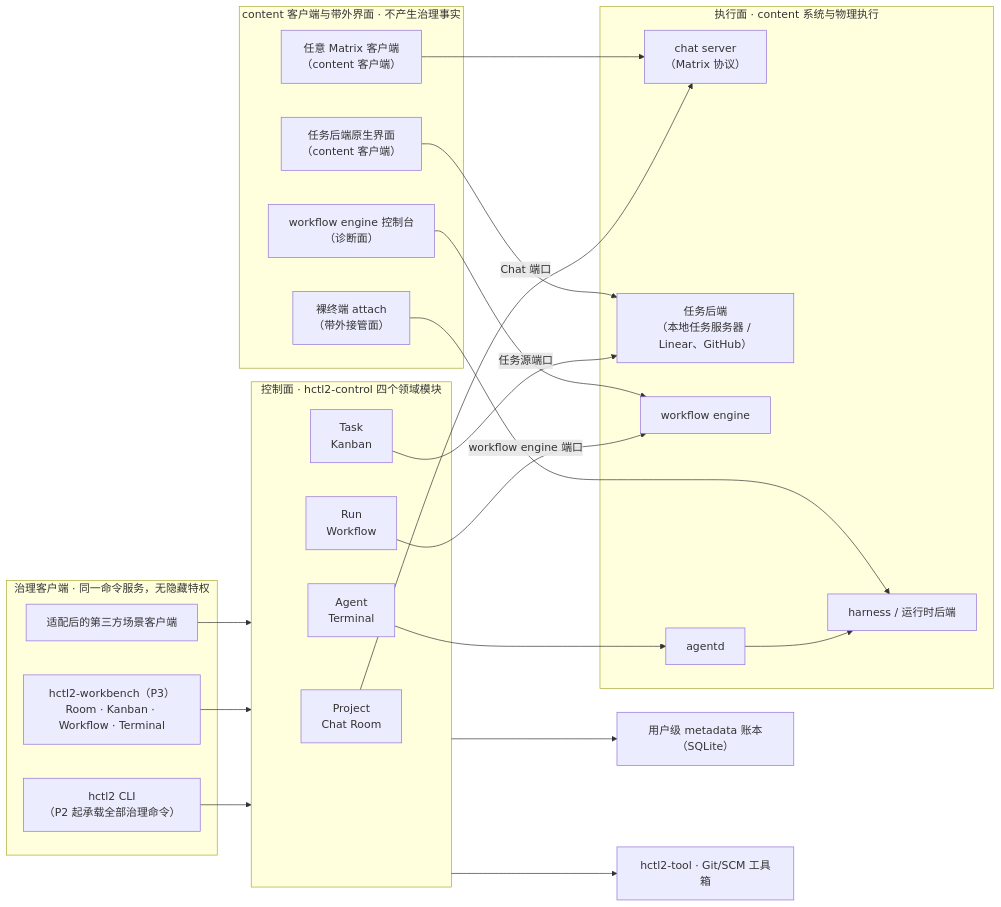
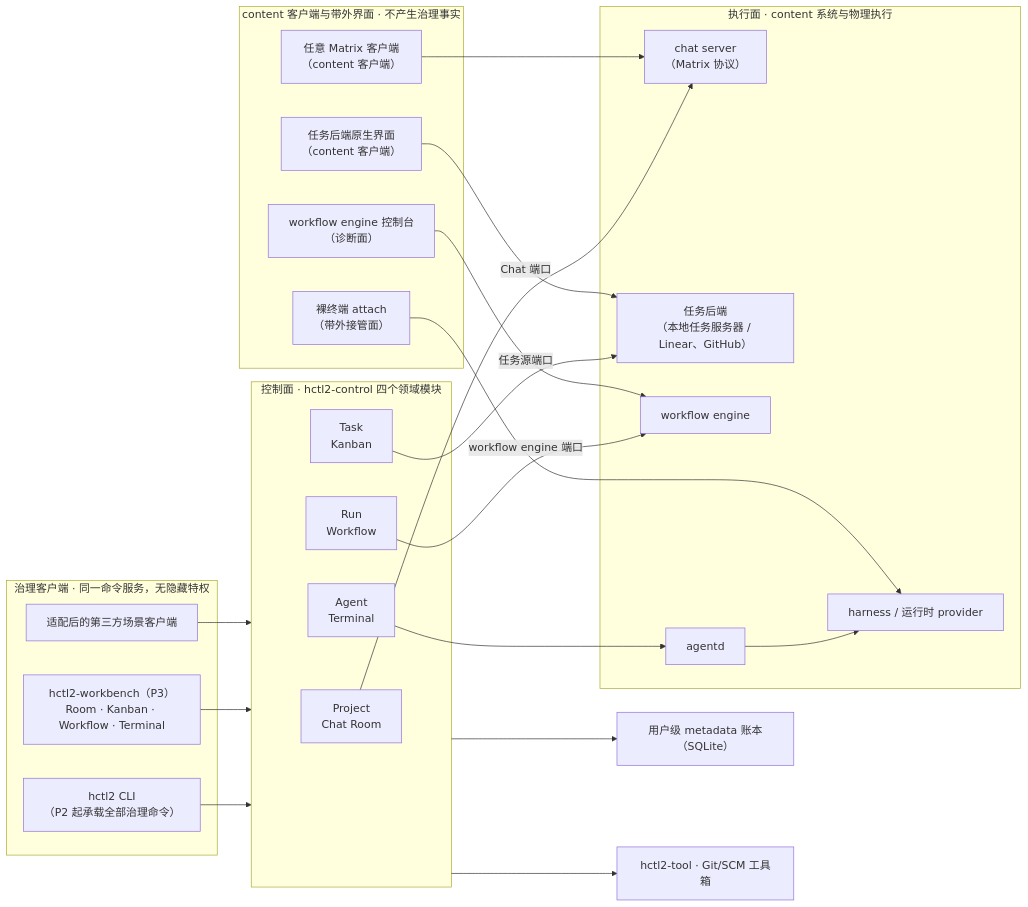
One commit to yesme/hctl2 changed the second of 2 diagrams in README.md. Above: the diagram before and after it, drawn with Mermaid. The commit also changed other lines of this file and 17 other files, not shown here.

````diff
--- a/README.md
+++ b/README.md
@@ -102,45 +102,45 @@
 ```mermaid
 flowchart LR
     subgraph Gov["治理客户端 · 同一命令服务，无隐藏特权"]
         CLI["hctl2 CLI\n（P2 起承载全部治理命令）"]
         Bench["hctl2-workbench（P3）\nRoom · Kanban · Workflow · Terminal"]
         Third["适配后的第三方场景客户端"]
     end
 
     subgraph Control["控制面 · hctl2-control 四个领域模块"]
         P["Project\nChat Room"]
         T["Task\nKanban"]
         R["Run\nWorkflow"]
         H["Agent\nTerminal"]
     end
 
     subgraph Exec["执行面 · content 系统与物理执行"]
         chat_srv["chat server\n（Matrix 协议）"]
         task_backend["任务后端\n（本地任务服务器 / Linear、GitHub）"]
         engine["workflow engine"]
         agentd["agentd"]
-        runtime["harness / 运行时后端"]
+        runtime["harness / 运行时 provider"]
     end
 
     subgraph ContentClients["content 客户端与带外界面 · 不产生治理事实"]
         matrix_client["任意 Matrix 客户端\n（content 客户端）"]
         task_ui["任务后端原生界面\n（content 客户端）"]
         engine_console["workflow engine 控制台\n（诊断面）"]
         term_attach["裸终端 attach\n（带外接管面）"]
     end
 
     CLI --> Control
     Bench --> Control
     Third --> Control
     P -->|Chat 端口| chat_srv
     T -->|任务源端口| task_backend
     R -->|workflow engine 端口| engine
     H --> agentd
     agentd --> runtime
     matrix_client --> chat_srv
     task_ui --> task_backend
     engine_console --> engine
     term_attach --> runtime
     Control --> DB["用户级 metadata 账本（SQLite）"]
     Control --> Tool["hctl2-tool · Git/SCM 工具箱"]
 ```
````
